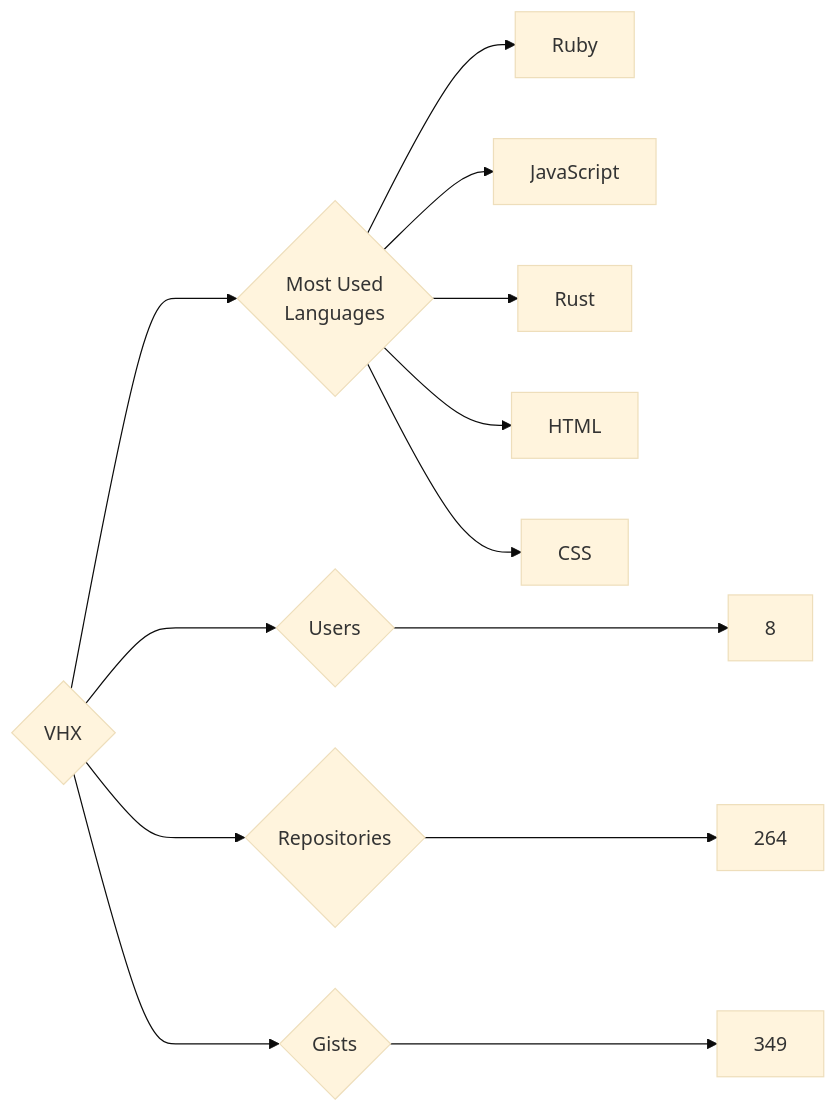
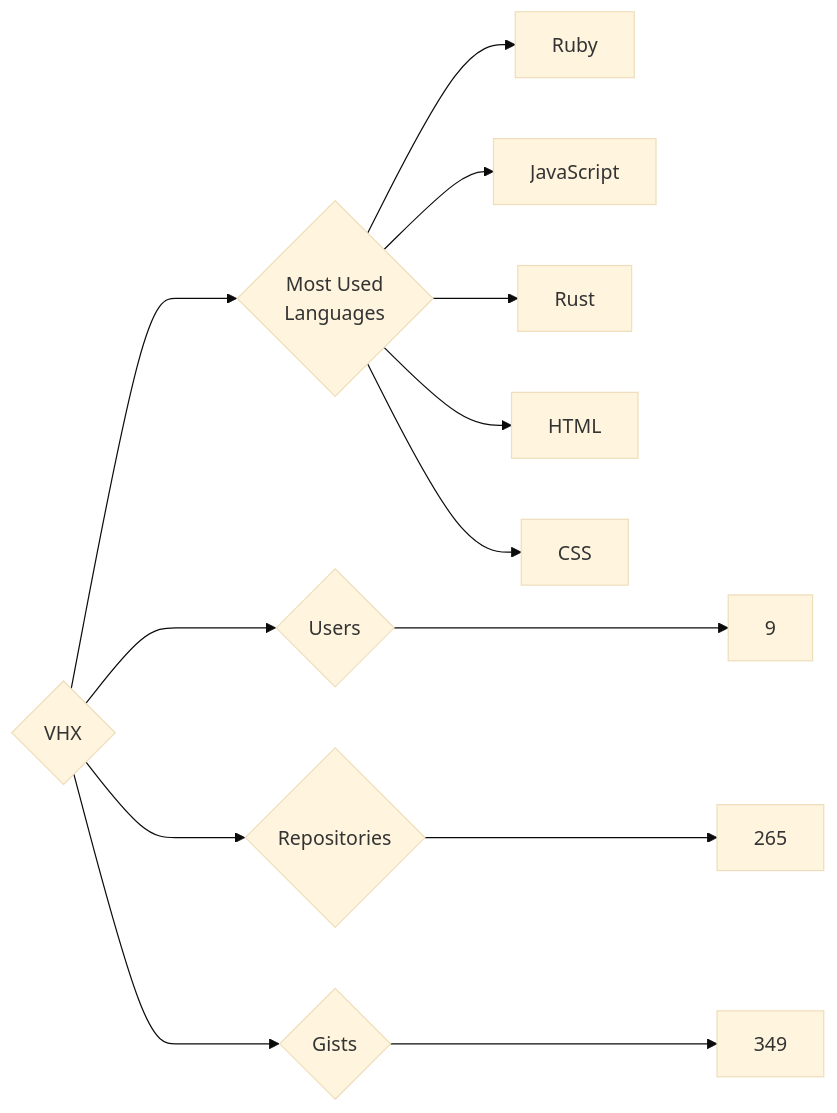
One commit to trickest/insiders changed the diagram in targets/VHX/README.md. Above: the diagram before and after it, drawn with Mermaid (base theme). The commit also changed 928 other files, not shown here.

````diff
--- a/targets/VHX/README.md
+++ b/targets/VHX/README.md
@@ -3,13 +3,13 @@
 ```mermaid
 graph LR
 COMPANY_NAME{VHX}
-COMPANY_NAME ---> U{Users} ---> UN[8]
-COMPANY_NAME ---> R{Repositories} ---> RN[264]
+COMPANY_NAME ---> U{Users} ---> UN[9]
+COMPANY_NAME ---> R{Repositories} ---> RN[265]
 COMPANY_NAME ---> G{Gists} ---> GN[349]
 COMPANY_NAME ---> ML{Most Used<br>Languages}
 ML --> Ruby[Ruby]
 ML --> JavaScript[JavaScript]
 ML --> Rust[Rust]
 ML --> HTML[HTML]
 ML --> CSS[CSS]
 ```
````
